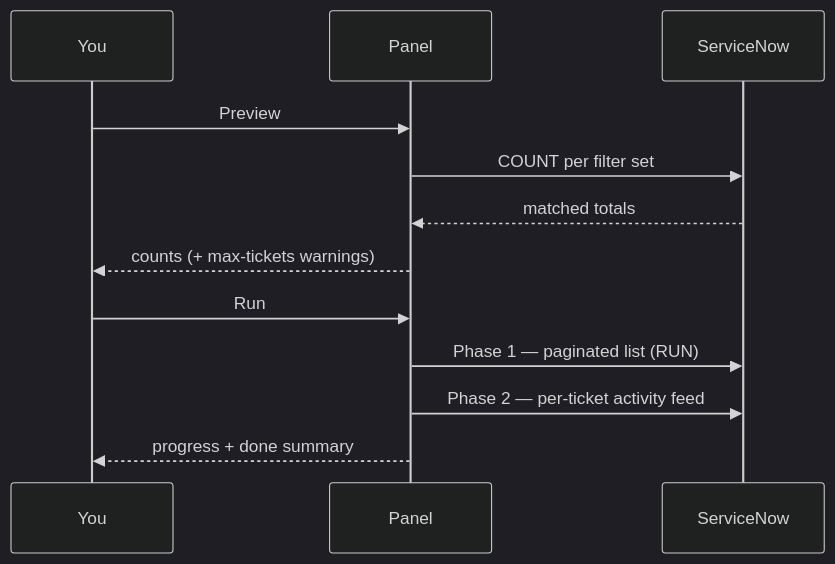
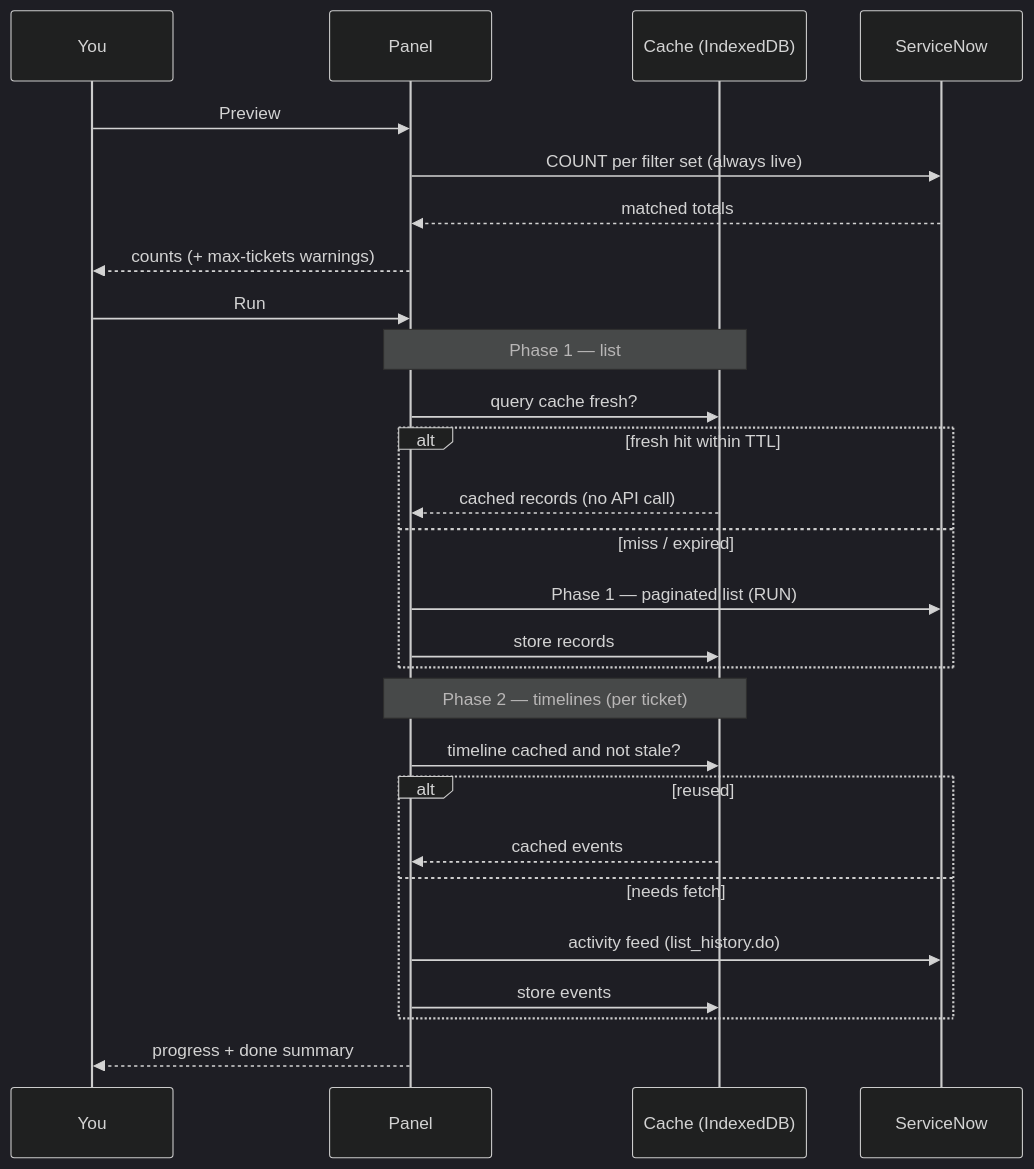
One commit to Abbas-Nagoor-Kani-BA/Autonomous-Reports-Engine changed the diagram in wiki/Running-a-Pull.md. Above: the diagram before and after it, drawn with Mermaid (dark theme). The commit also changed other lines of this file, not shown here.

First line of the commit message:
docs(wiki): explain the cache layer in Running a Pull

````diff
--- a/wiki/Running-a-Pull.md
+++ b/wiki/Running-a-Pull.md
@@ -38,14 +38,29 @@
 ```mermaid
 sequenceDiagram
     participant U as You
     participant P as Panel
+    participant C as Cache (IndexedDB)
     participant SN as ServiceNow
     U->>P: Preview
-    P->>SN: COUNT per filter set
+    P->>SN: COUNT per filter set (always live)
     SN-->>P: matched totals
     P-->>U: counts (+ max-tickets warnings)
     U->>P: Run
-    P->>SN: Phase 1 — paginated list (RUN)
-    P->>SN: Phase 2 — per-ticket activity feed
+    Note over P,C: Phase 1 — list
+    P->>C: query cache fresh?
+    alt fresh hit within TTL
+        C-->>P: cached records (no API call)
+    else miss / expired
+        P->>SN: Phase 1 — paginated list (RUN)
+        P->>C: store records
+    end
+    Note over P,C: Phase 2 — timelines (per ticket)
+    P->>C: timeline cached and not stale?
+    alt reused
+        C-->>P: cached events
+    else needs fetch
+        P->>SN: activity feed (list_history.do)
+        P->>C: store events
+    end
     P-->>U: progress + done summary
 ```
````
